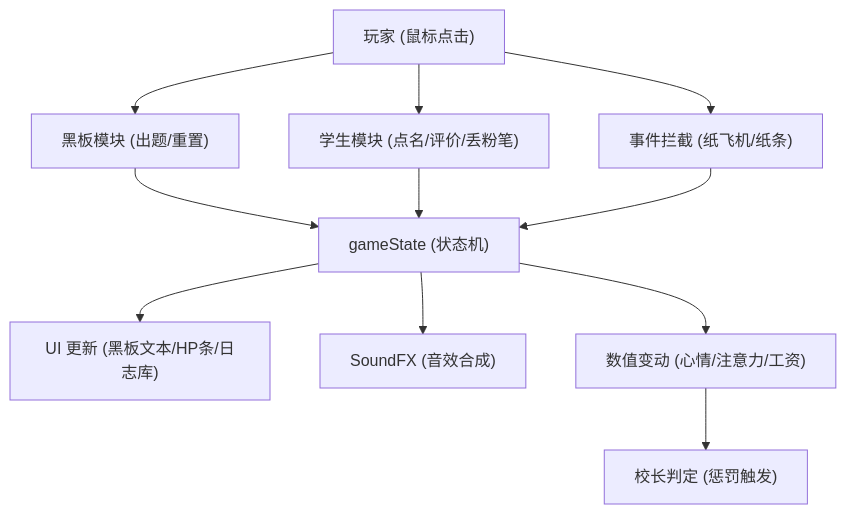
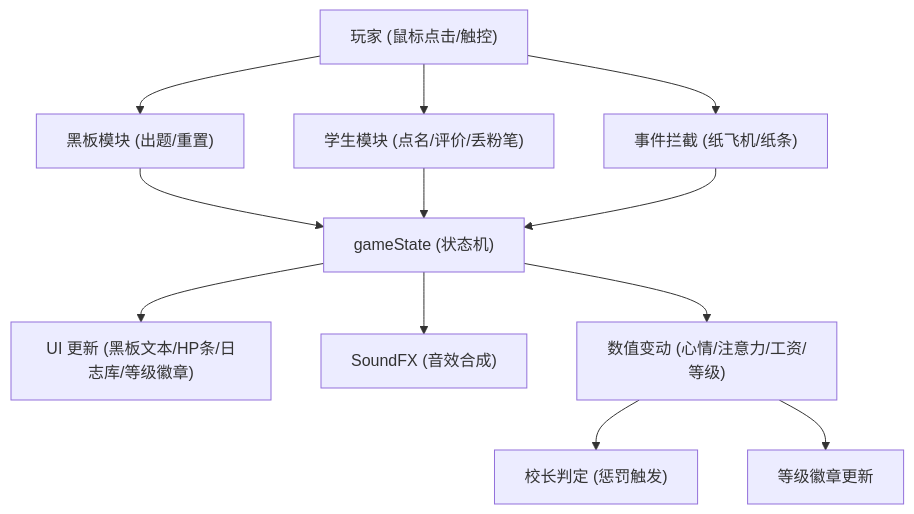
The diagram in Master.md (EatTake/my-class), drawn with Mermaid before and after one commit. The commit also changed other lines of this file, not shown here.

````diff
--- a/Master.md
+++ b/Master.md
@@ -79,16 +108,17 @@
 ```mermaid
 graph TD
-    User["玩家 (鼠标点击)"] --> BB["黑板模块 (出题/重置)"]
+    User["玩家 (鼠标点击/触控)"] --> BB["黑板模块 (出题/重置)"]
     User --> Std["学生模块 (点名/评价/丢粉笔)"]
     User --> Events["事件拦截 (纸飞机/纸条)"]
     
     BB --> GS["gameState (状态机)"]
     Std --> GS
     Events --> GS
     
-    GS --> UI["UI 更新 (黑板文本/HP条/日志库)"]
+    GS --> UI["UI 更新 (黑板文本/HP条/日志库/等级徽章)"]
     GS --> Sound["SoundFX (音效合成)"]
-    GS --> Stats["数值变动 (心情/注意力/工资)"]
+    GS --> Stats["数值变动 (心情/注意力/工资/等级)"]
     
     Stats --> Principal["校长判定 (惩罚触发)"]
+    Stats --> TierBadge["等级徽章更新"]
 ```
````
